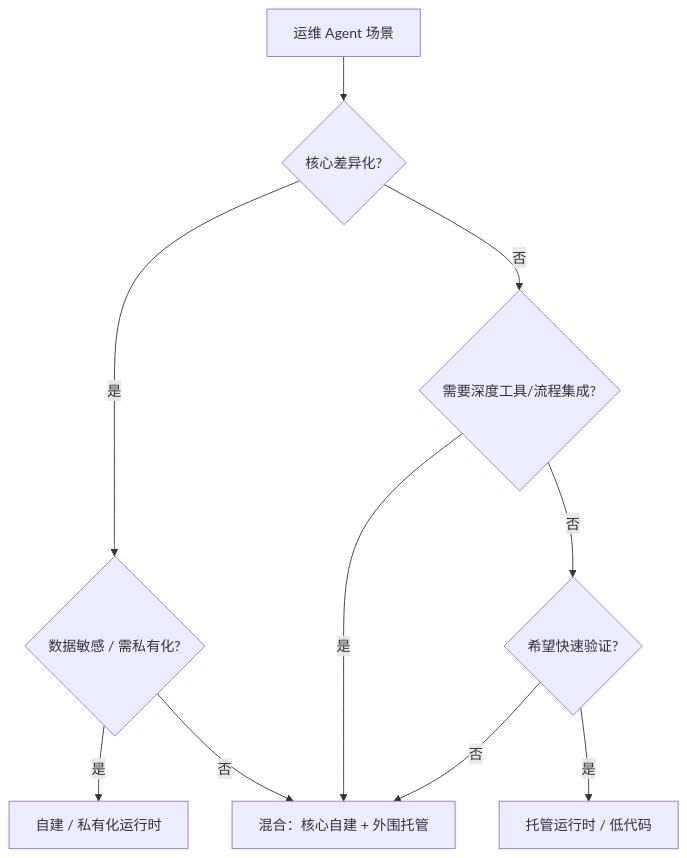
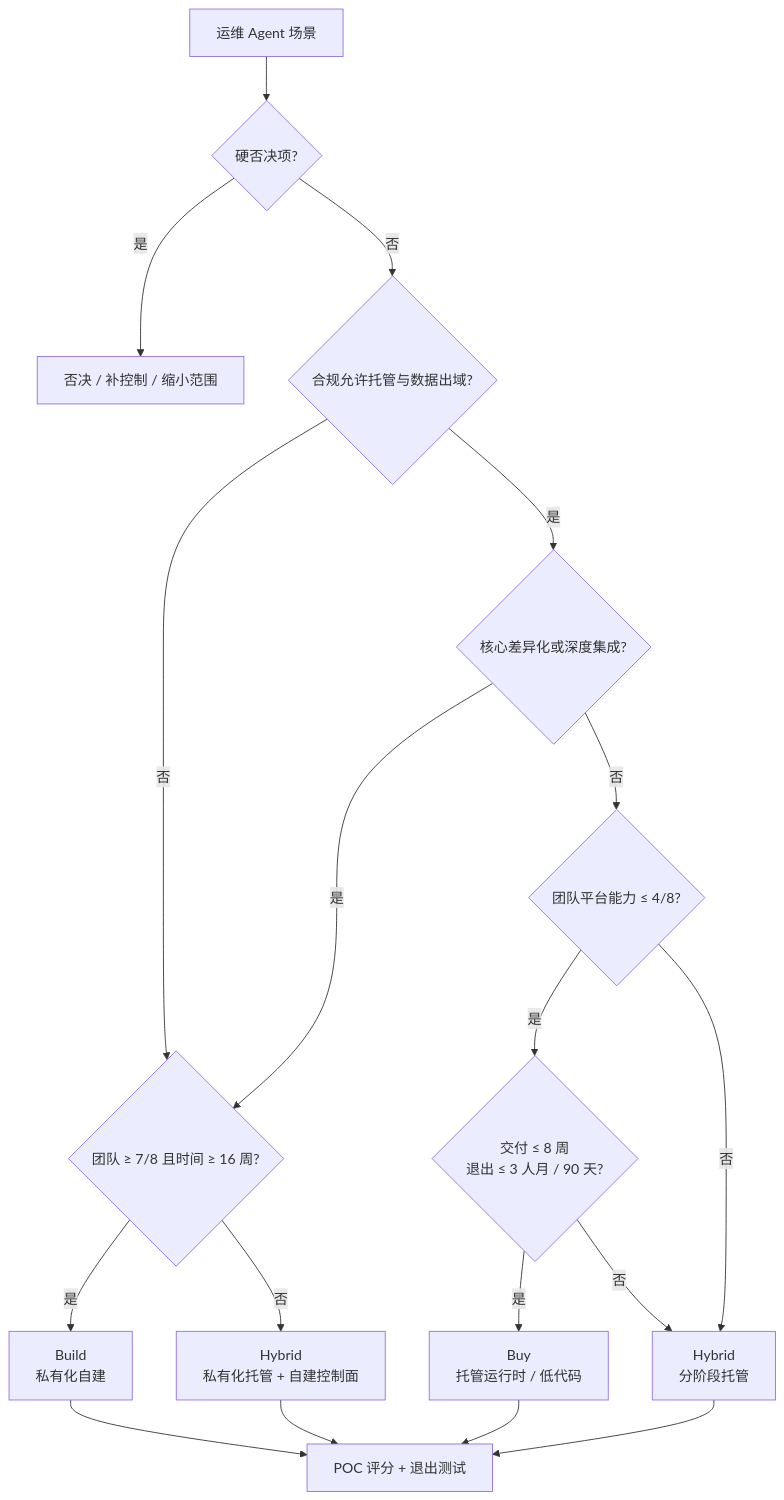
The first of 4 diagrams in docs/guide/10-build-vs-buy.md (ai-guru-global/the-ops-agent-book), drawn with Mermaid before and after one commit. The commit also changed other lines of this file and 144 other files, not shown here.

````diff
--- a/docs/guide/10-build-vs-buy.md
+++ b/docs/guide/10-build-vs-buy.md
@@ -30,12 +49,20 @@
 ```mermaid
 flowchart TD
-  A[运维 Agent 场景] --> B{核心差异化?}
-  B -- 是 --> C{数据敏感 / 需私有化?}
-  B -- 否 --> D{需要深度工具/流程集成?}
-  C -- 是 --> E[自建 / 私有化运行时]
-  C -- 否 --> F[混合：核心自建 + 外围托管]
-  D -- 是 --> F
-  D -- 否 --> G{希望快速验证?}
-  G -- 是 --> H[托管运行时 / 低代码]
-  G -- 否 --> F
+  A[运维 Agent 场景] --> H{硬否决项?}
+  H -- 是 --> X[否决 / 补控制 / 缩小范围]
+  H -- 否 --> C{合规允许托管与数据出域?}
+  C -- 否 --> G{团队 ≥ 7/8 且时间 ≥ 16 周?}
+  G -- 是 --> B[Build<br/>私有化自建]
+  G -- 否 --> Y[Hybrid<br/>私有化托管 + 自建控制面]
+  C -- 是 --> D{核心差异化或深度集成?}
+  D -- 是 --> G
+  D -- 否 --> T{团队平台能力 ≤ 4/8?}
+  T -- 是 --> E{交付 ≤ 8 周<br/>退出 ≤ 3 人月 / 90 天?}
+  E -- 是 --> U[Buy<br/>托管运行时 / 低代码]
+  E -- 否 --> F[Hybrid<br/>分阶段托管]
+  T -- 否 --> F
+  B --> Z[POC 评分 + 退出测试]
+  U --> Z
+  Y --> Z
+  F --> Z
 ```
````
